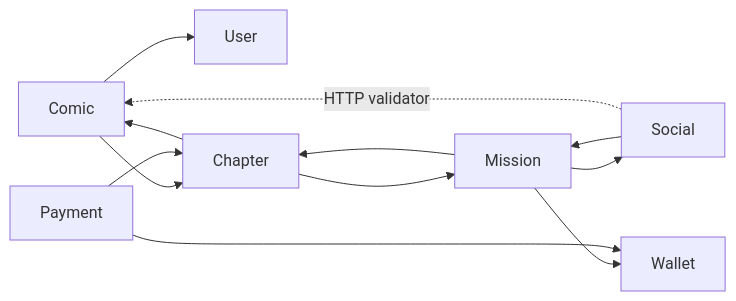
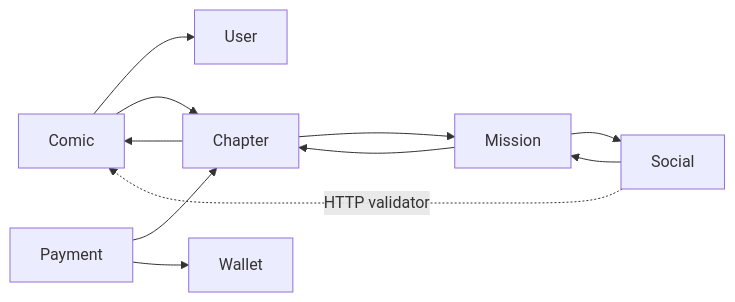
Before and after one commit to YODDON/Comic_Management: the diagram in docs/COMMUNICATION.md, drawn with Mermaid. The commit also changed other lines of this file and 17 other files, not shown here.

Commit message:
Refactor MissionAPI to use RabbitMQ for wallet rewards

````diff
--- a/docs/COMMUNICATION.md
+++ b/docs/COMMUNICATION.md
@@ -100,14 +99,13 @@
 ```mermaid
 flowchart LR
     Comic --> User
     Comic --> Chapter
     Chapter --> Comic
     Chapter --> Mission
     Social --> Mission
     Mission --> Chapter
     Mission --> Social
-    Mission --> Wallet
     Payment --> Chapter
     Payment --> Wallet
     Social -. HTTP validator .-> Comic
 ```
````
